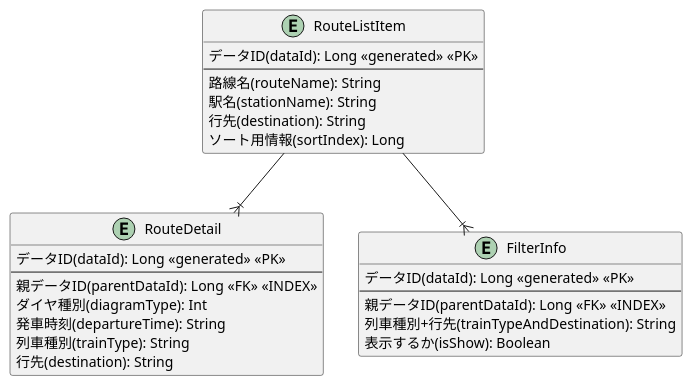
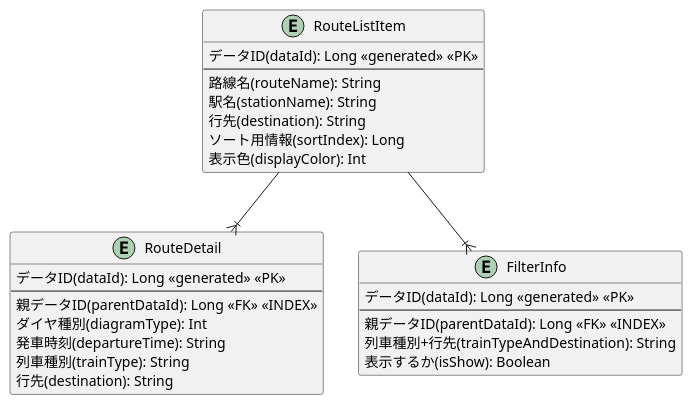
One commit to natsuyasai/TrainTimer changed the diagram in 設計書/DB.pu. Above: the diagram before and after it, drawn with PlantUML. The commit also changed 2 other files, not shown here.

```diff
--- a/設計書/DB.pu
+++ b/設計書/DB.pu
@@ -1,36 +1,37 @@
 @startuml
 
 ' 路線一覧テーブル
 entity RouteListItem {
     データID(dataId): Long <<generated>> <<PK>>
     --
     路線名(routeName): String
     駅名(stationName): String
     行先(destination): String
     ソート用情報(sortIndex): Long
+    表示色(displayColor): Int
 }
 
 ' 詳細情報
 entity RouteDetail {
     データID(dataId): Long <<generated>> <<PK>>
     --
     親データID(parentDataId): Long <<FK>> <<INDEX>>
     ダイヤ種別(diagramType): Int
     発車時刻(departureTime): String
     列車種別(trainType): String
     行先(destination): String
 }
 
 ' フィルタ情報
 entity FilterInfo {
     データID(dataId): Long <<generated>> <<PK>>
     --
     親データID(parentDataId): Long <<FK>> <<INDEX>>
     列車種別+行先(trainTypeAndDestination): String
     表示するか(isShow): Boolean
 }
 
 RouteListItem --|{ RouteDetail
 RouteListItem --|{ FilterInfo
 
 @enduml
```
